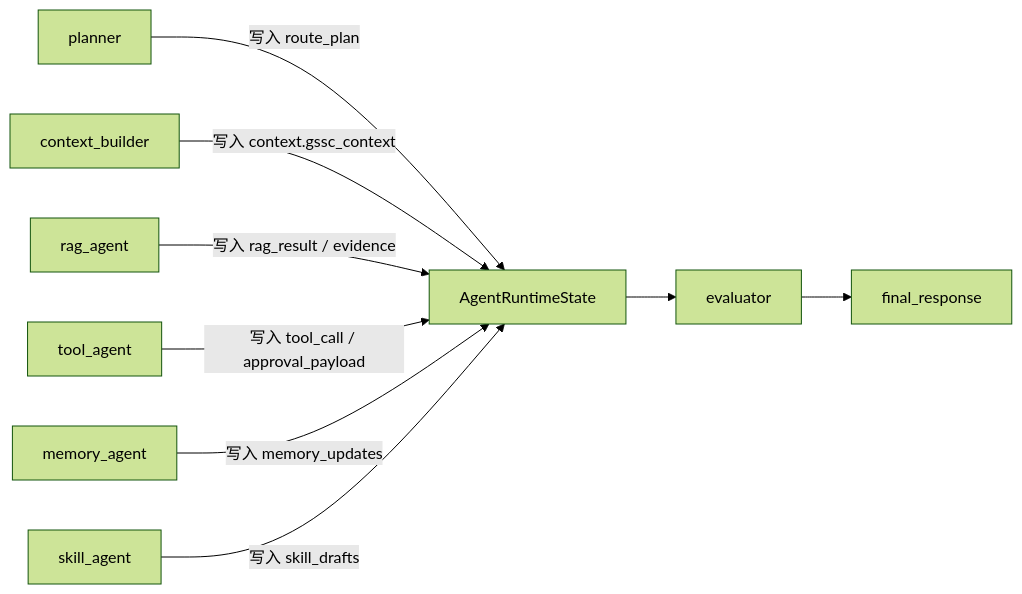
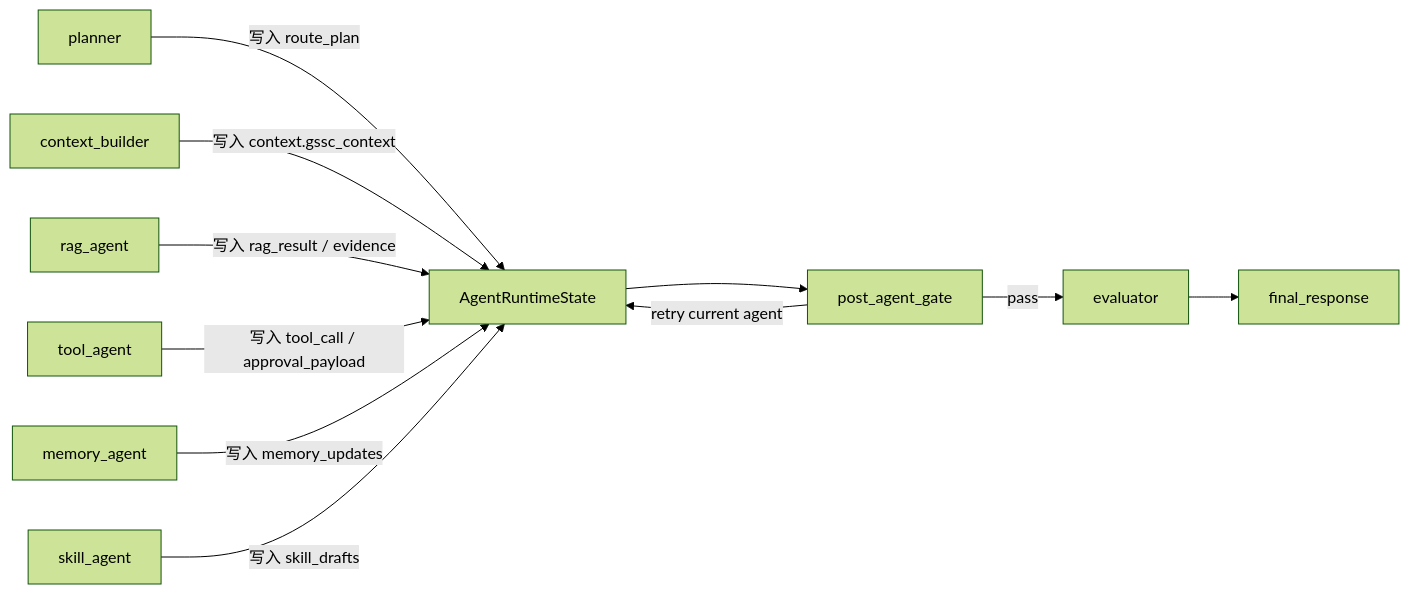
One commit to Ordish-cell/InsightGap-Agent changed the second of 27 diagrams in agent面试.md. Above: the diagram before and after it, drawn with Mermaid (forest theme). The commit also changed other lines of this file and 28 other files, not shown here.

````diff
--- a/agent面试.md
+++ b/agent面试.md
@@ -127,11 +135,13 @@
 ```mermaid
 flowchart LR
     A["planner"] -->|写入 route_plan| S["AgentRuntimeState"]
     B["context_builder"] -->|写入 context.gssc_context| S
     C["rag_agent"] -->|写入 rag_result / evidence| S
     D["tool_agent"] -->|写入 tool_call / approval_payload| S
     E["memory_agent"] -->|写入 memory_updates| S
     F["skill_agent"] -->|写入 skill_drafts| S
-    S --> G["evaluator"]
-    G --> H["final_response"]
+    S --> G["post_agent_gate"]
+    G -->|retry current agent| S
+    G -->|pass| H["evaluator"]
+    H --> I["final_response"]
 ```
````
